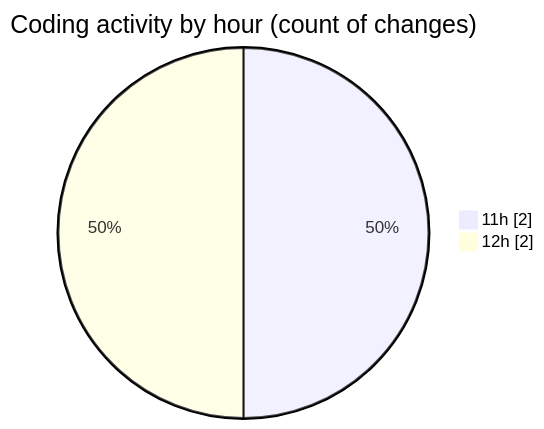
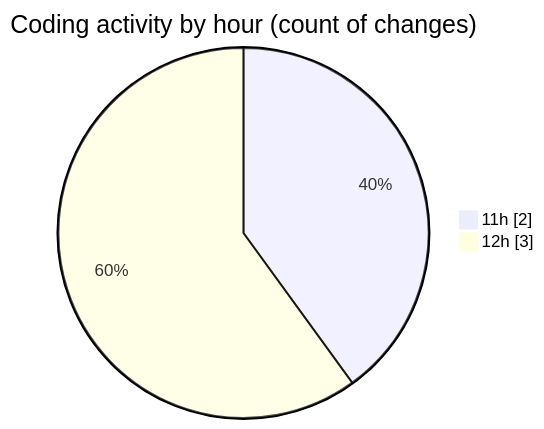
The second of 2 diagrams in 2025-02-12/oopstartfiles/README.md (NitaiMahat/code-tracking), drawn with Mermaid before and after one commit. The commit also changed other lines of this file and 1 other file, not shown here.

````diff
--- a/2025-02-12/oopstartfiles/README.md
+++ b/2025-02-12/oopstartfiles/README.md
@@ -28,6 +29,6 @@
 ```mermaid
 pie showData
 title Coding activity by hour (count of changes)
 "11h" : 2
-"12h" : 2
+"12h" : 3
 ```
````
